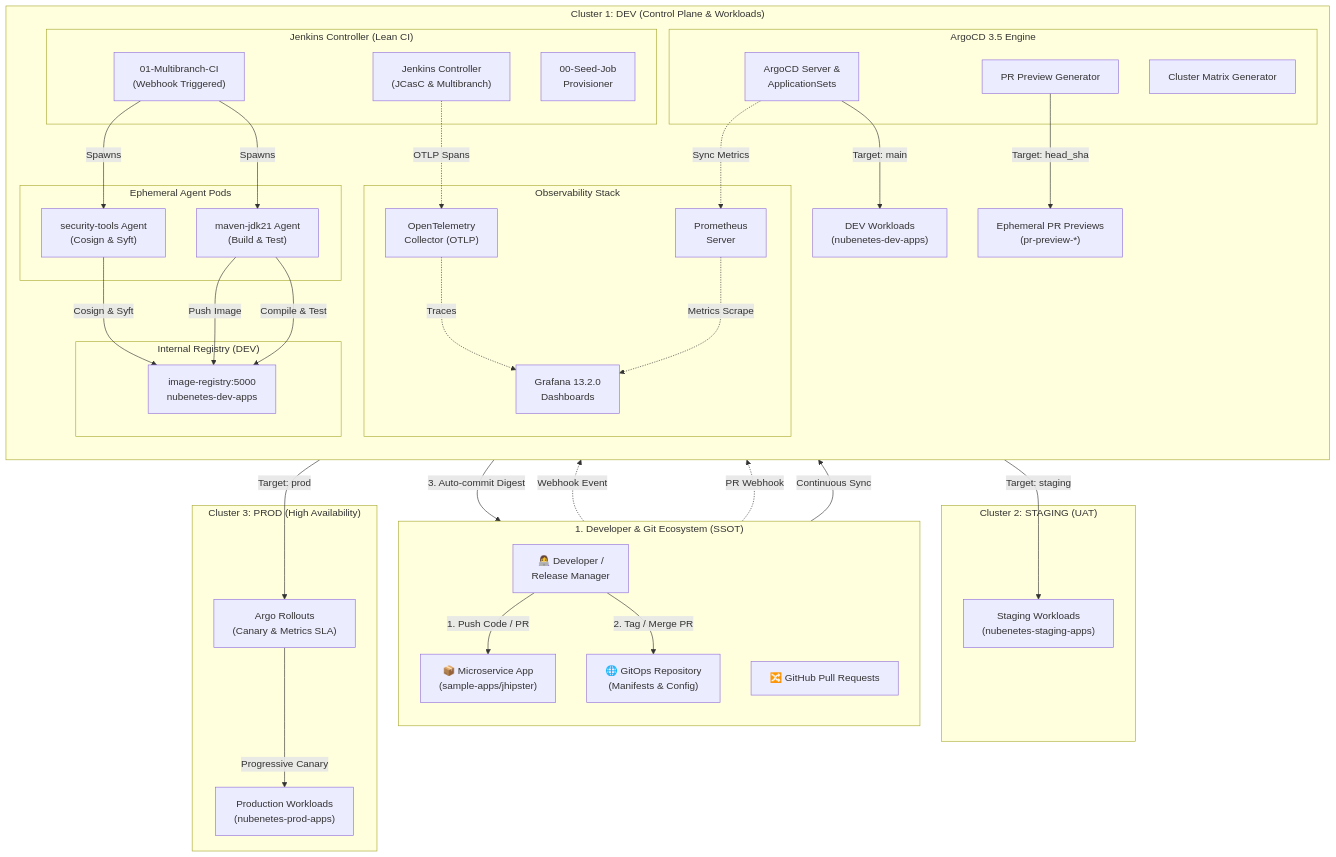
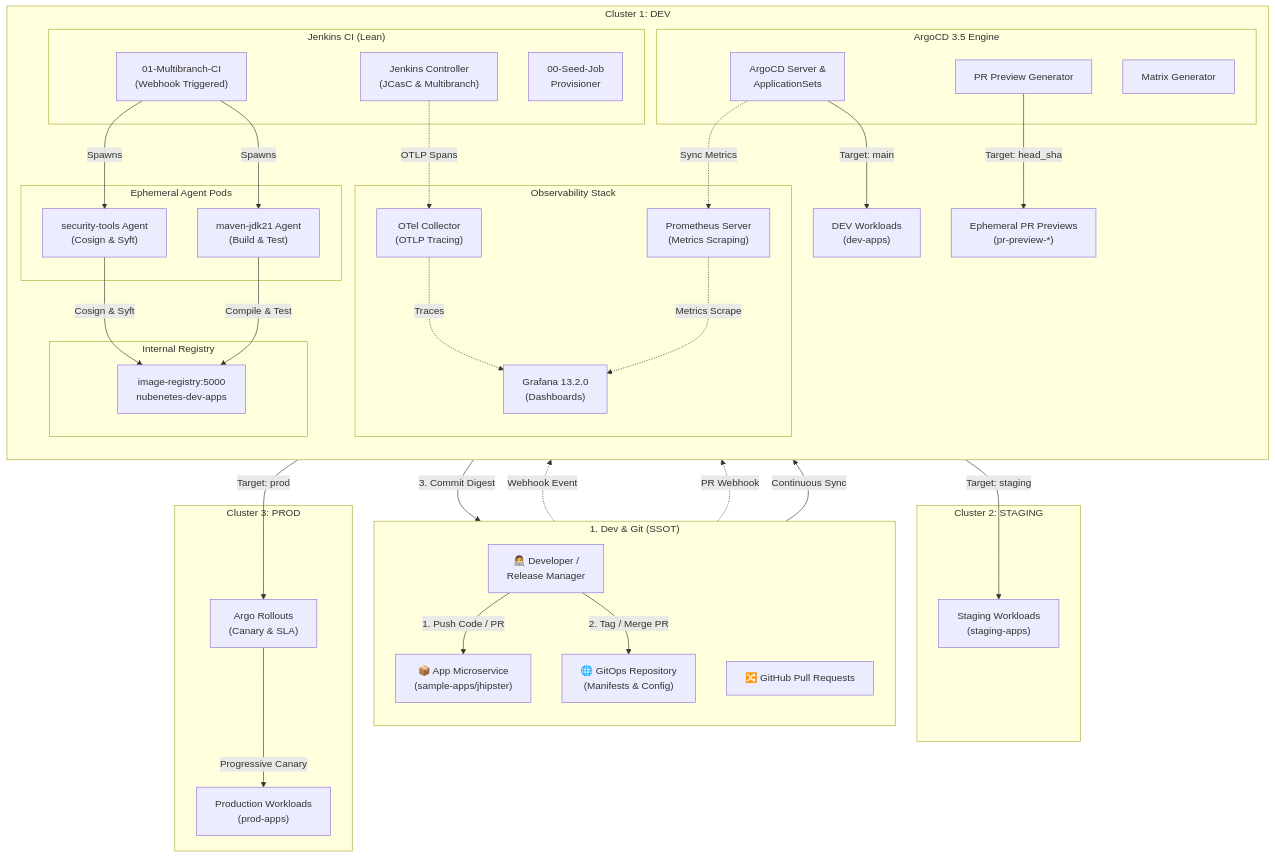
One commit to nubenetes/jenkins-without-git-parameter changed the sixth of 14 diagrams in README.md. Above: the diagram before and after it, drawn with Mermaid. The commit also changed other lines of this file, not shown here.

Commit message:
fix(mermaid): enforce hard 20-char line limit on all diagram nodes to permanently prevent text clipping on GitHub

````diff
--- a/README.md
+++ b/README.md
@@ -509,80 +509,79 @@
 ```mermaid
 flowchart TB
-    subgraph DeveloperWorkspace["1. Developer & Git Ecosystem (SSOT)"]
+    subgraph DeveloperWorkspace["1. Dev & Git (SSOT)"]
         direction TB
         Dev["👩‍💻 Developer /<br/>Release Manager"]
-        AppRepo["📦 Microservice App<br/>(sample-apps/jhipster)"]
+        AppRepo["📦 App Microservice<br/>(sample-apps/jhipster)"]
         GitOpsRepo["🌐 GitOps Repository<br/>(Manifests & Config)"]
         GitHubPR["🔀 GitHub Pull Requests"]
     end
 
-    subgraph OCP_DEV["Cluster 1: DEV (Control Plane & Workloads)"]
+    subgraph OCP_DEV["Cluster 1: DEV"]
         direction TB
-        subgraph JenkinsPlatform["Jenkins Controller (Lean CI)"]
+        subgraph JenkinsPlatform["Jenkins CI (Lean)"]
             Master["Jenkins Controller<br/>(JCasC & Multibranch)"]
             Seed["00-Seed-Job<br/>Provisioner"]
             CIJob["01-Multibranch-CI<br/>(Webhook Triggered)"]
         end
 
         subgraph Agents["Ephemeral Agent Pods"]
             MavenAgent["maven-jdk21 Agent<br/>(Build & Test)"]
             SecurityAgent["security-tools Agent<br/>(Cosign & Syft)"]
         end
 
-        subgraph OCPDevRegistry["Internal Registry (DEV)"]
+        subgraph OCPDevRegistry["Internal Registry"]
             DevReg["image-registry:5000<br/>nubenetes-dev-apps"]
         end
 
         subgraph ArgoCDMaster["ArgoCD 3.5 Engine"]
             ArgoServer["ArgoCD Server &<br/>ApplicationSets"]
             PRGen["PR Preview Generator"]
-            MatrixGen["Cluster Matrix Generator"]
+            MatrixGen["Matrix Generator"]
         end
 
         subgraph ObservabilityStack["Observability Stack"]
-            OTel["OpenTelemetry<br/>Collector (OTLP)"]
-            Prom["Prometheus<br/>Server"]
-            Grafana["Grafana 13.2.0<br/>Dashboards"]
+            OTel["OTel Collector<br/>(OTLP Tracing)"]
+            Prom["Prometheus Server<br/>(Metrics Scraping)"]
+            Grafana["Grafana 13.2.0<br/>(Dashboards)"]
         end
 
-        DevApps["DEV Workloads<br/>(nubenetes-dev-apps)"]
+        DevApps["DEV Workloads<br/>(dev-apps)"]
         PreviewApps["Ephemeral PR Previews<br/>(pr-preview-*)"]
     end
 
-    subgraph OCP_STG["Cluster 2: STAGING (UAT)"]
-        StgApps["Staging Workloads<br/>(nubenetes-staging-apps)"]
+    subgraph OCP_STG["Cluster 2: STAGING"]
+        StgApps["Staging Workloads<br/>(staging-apps)"]
     end
 
-    subgraph OCP_PRD["Cluster 3: PROD (High Availability)"]
-        PrdApps["Production Workloads<br/>(nubenetes-prod-apps)"]
-        Rollout["Argo Rollouts<br/>(Canary & Metrics SLA)"]
+    subgraph OCP_PRD["Cluster 3: PROD"]
+        PrdApps["Production Workloads<br/>(prod-apps)"]
+        Rollout["Argo Rollouts<br/>(Canary & SLA)"]
     end
 
     %% Developer interactions
     Dev -->|"1. Push Code / PR"| AppRepo
     Dev -->|"2. Tag / Merge PR"| GitOpsRepo
     AppRepo -.->|"Webhook Event"| CIJob
     GitHubPR -.->|"PR Webhook"| PRGen
 
     %% Jenkins CI Flow
     CIJob -->|"Spawns"| MavenAgent
     MavenAgent -->|"Compile & Test"| DevReg
-    MavenAgent -->|"Push Image"| DevReg
     CIJob -->|"Spawns"| SecurityAgent
     SecurityAgent -->|"Cosign & Syft"| DevReg
-    SecurityAgent -->|"3. Auto-commit Digest"| GitOpsRepo
+    SecurityAgent -->|"3. Commit Digest"| GitOpsRepo
 
     %% ArgoCD GitOps Flow
     GitOpsRepo -->|"Continuous Sync"| ArgoServer
     ArgoServer -->|"Target: main"| DevApps
     PRGen -->|"Target: head_sha"| PreviewApps
     MatrixGen -->|"Target: staging"| StgApps
     MatrixGen -->|"Target: prod"| Rollout
     Rollout -->|"Progressive Canary"| PrdApps
 
     %% Observability
     Master -.->|"OTLP Spans"| OTel
     ArgoServer -.->|"Sync Metrics"| Prom
     OTel -.->|"Traces"| Grafana
     Prom -.->|"Metrics Scrape"| Grafana
 ```
````
